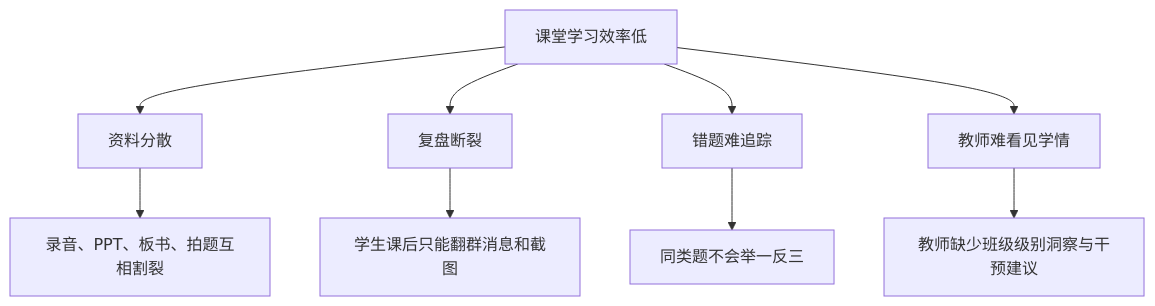
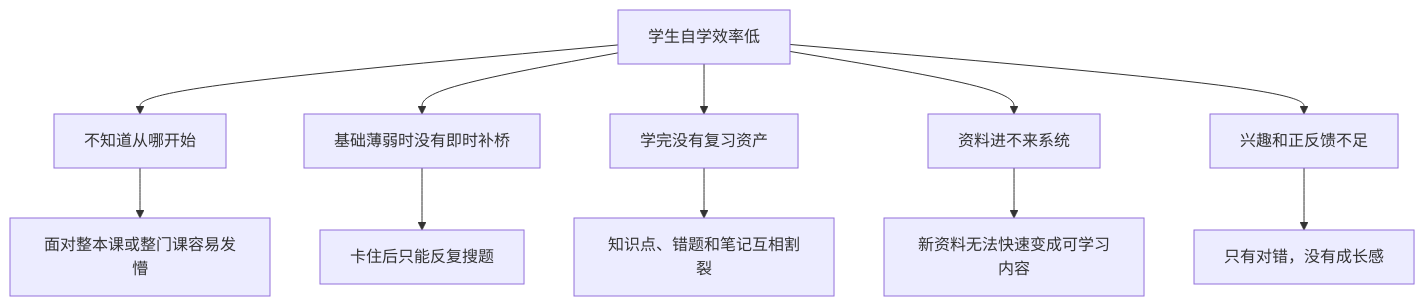
Before and after one commit to chenqsq/doc-showcase: the diagram in doc/作品文档/01-PRD与需求分析.md, drawn with Mermaid. The commit also changed other lines of this file and 42 other files, not shown here.

Commit message:
文档站：切换 AI 主导学习生命周期与实时演化学习地图口径

````diff
--- a/doc/作品文档/01-PRD与需求分析.md
+++ b/doc/作品文档/01-PRD与需求分析.md
@@ -22,12 +32,14 @@
 ```mermaid
 flowchart TB
-    A[课堂学习效率低] --> B[资料分散]
-    A --> C[复盘断裂]
-    A --> D[错题难追踪]
-    A --> E[教师难看见学情]
+    A[学生自学效率低] --> B[不知道从哪开始]
+    A --> C[基础薄弱时没有即时补桥]
+    A --> D[学完没有复习资产]
+    A --> E[资料进不来系统]
+    A --> F[兴趣和正反馈不足]
 
-    B --> B1[录音、PPT、板书、拍题互相割裂]
-    C --> C1[学生课后只能翻群消息和截图]
-    D --> D1[同类题不会举一反三]
-    E --> E1[教师缺少班级级别洞察与干预建议]
+    B --> B1[面对整本课或整门课容易发懵]
+    C --> C1[卡住后只能反复搜题]
+    D --> D1[知识点、错题和笔记互相割裂]
+    E --> E1[新资料无法快速变成可学习内容]
+    F --> F1[只有对错，没有成长感]
 ```
````
